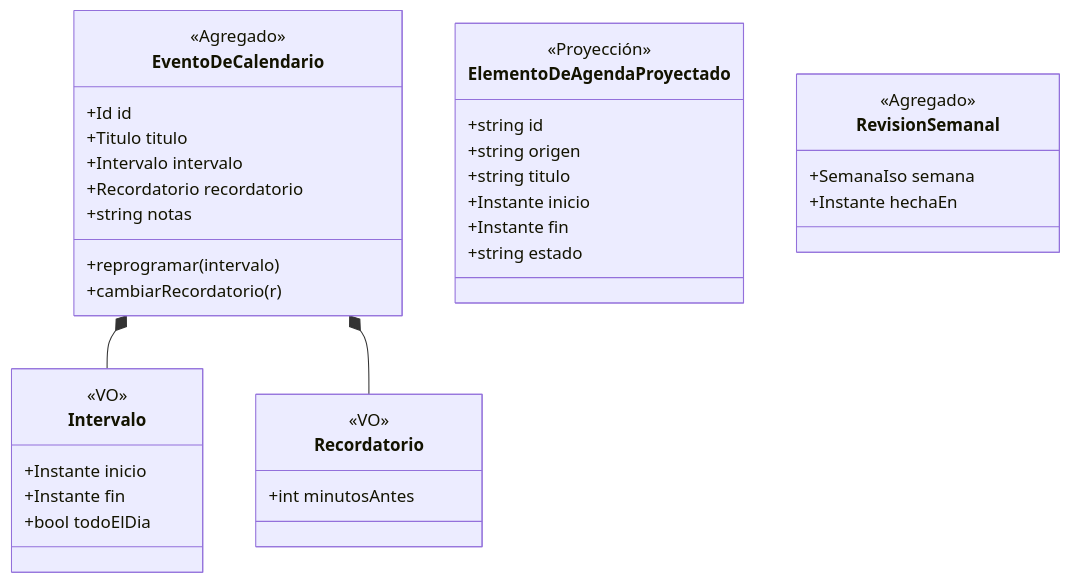
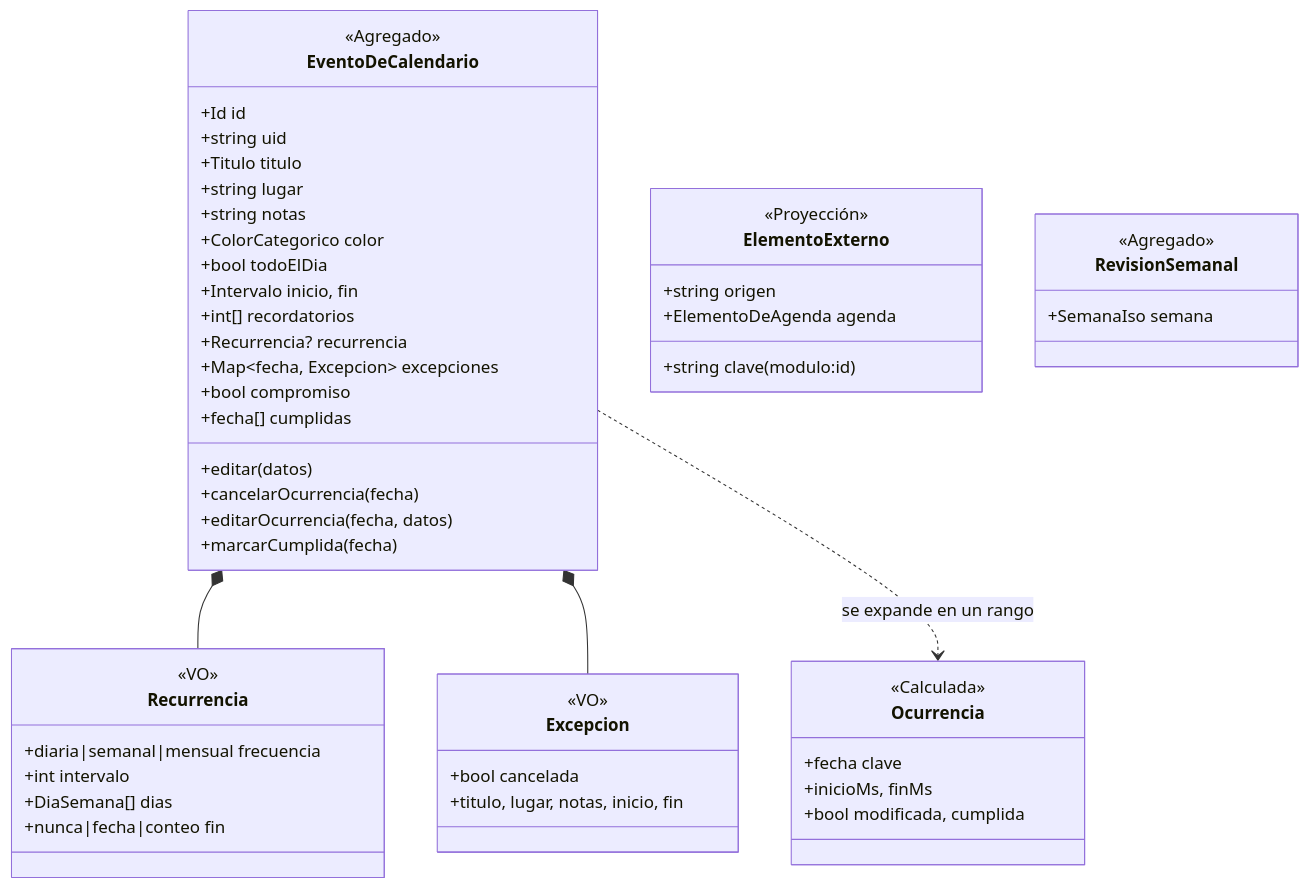
One commit to Yirusz/personalApp changed the third of 5 diagrams in docs/dominio.md. Above: the diagram before and after it, drawn with Mermaid. The commit also changed other lines of this file and 13 other files, not shown here.

````diff
--- a/docs/dominio.md
+++ b/docs/dominio.md
@@ -112,39 +112,54 @@
 ```mermaid
 classDiagram
   class EventoDeCalendario {
     <<Agregado>>
     +Id id
+    +string uid
     +Titulo titulo
-    +Intervalo intervalo
-    +Recordatorio recordatorio
+    +string lugar
     +string notas
-    +reprogramar(intervalo)
-    +cambiarRecordatorio(r)
+    +ColorCategorico color
+    +bool todoElDia
+    +Intervalo inicio, fin
+    +int[] recordatorios
+    +Recurrencia? recurrencia
+    +Map~fecha, Excepcion~ excepciones
+    +bool compromiso
+    +fecha[] cumplidas
+    +editar(datos)
+    +cancelarOcurrencia(fecha)
+    +editarOcurrencia(fecha, datos)
+    +marcarCumplida(fecha)
   }
-  class Intervalo {
+  class Recurrencia {
     <<VO>>
-    +Instante inicio
-    +Instante fin
-    +bool todoElDia
+    +diaria|semanal|mensual frecuencia
+    +int intervalo
+    +DiaSemana[] dias
+    +nunca|fecha|conteo fin
   }
-  class Recordatorio {
+  class Excepcion {
     <<VO>>
-    +int minutosAntes
+    +bool cancelada
+    +titulo, lugar, notas, inicio, fin
   }
-  class ElementoDeAgendaProyectado {
+  class Ocurrencia {
+    <<Calculada>>
+    +fecha clave
+    +inicioMs, finMs
+    +bool modificada, cumplida
+  }
+  class ElementoExterno {
     <<Proyección>>
-    +string id
+    +string clave (modulo:id)
     +string origen
-    +string titulo
-    +Instante inicio
-    +Instante fin
-    +string estado
+    +ElementoDeAgenda agenda
   }
   class RevisionSemanal {
     <<Agregado>>
     +SemanaIso semana
-    +Instante hechaEn
   }
-  EventoDeCalendario *-- Intervalo
-  EventoDeCalendario *-- Recordatorio
+  EventoDeCalendario *-- Recurrencia
+  EventoDeCalendario *-- Excepcion
+  EventoDeCalendario ..> Ocurrencia : se expande en un rango
 ```
````
